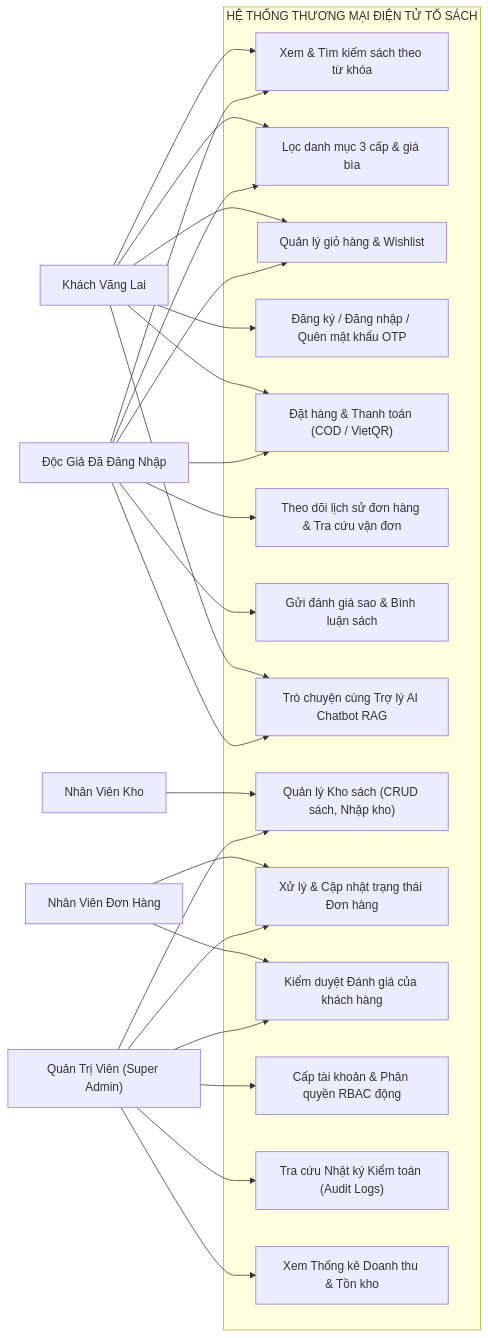
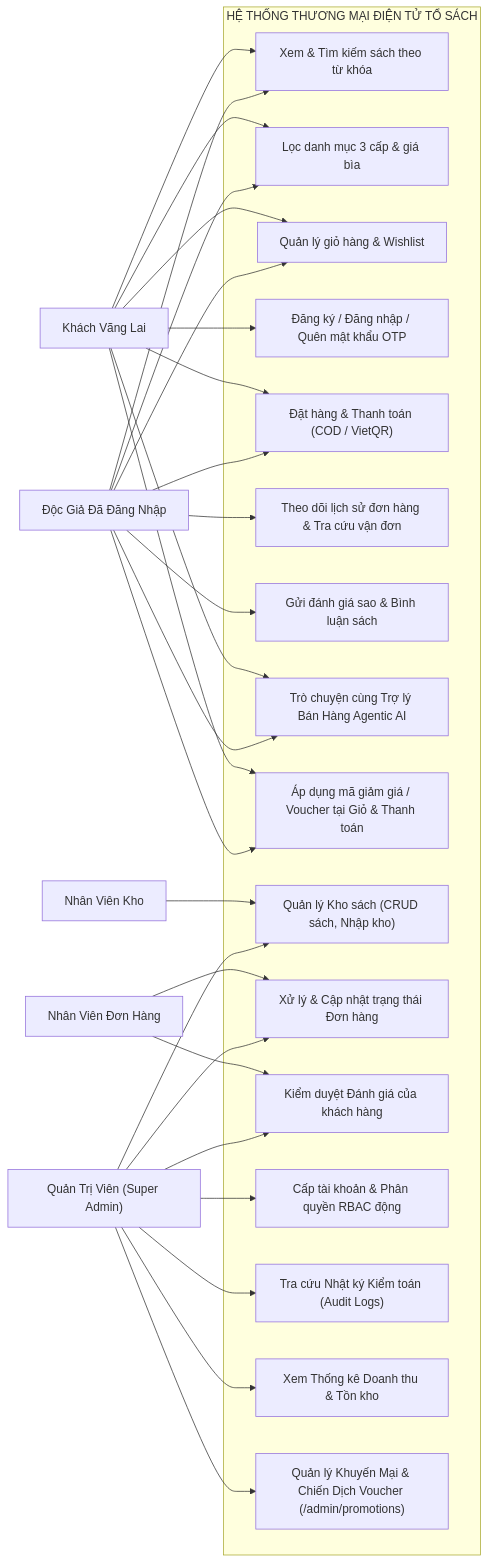
The ninth of 25 diagrams in Document_Project.md (Hanh-Dang/DALN-CNTT-1-1-26-N02_To-Sach), drawn with Mermaid before and after one commit. The commit also changed other lines of this file and 2 other files, not shown here.

````diff
--- a/Document_Project.md
+++ b/Document_Project.md
@@ -964,52 +1149,57 @@
 ```mermaid
 graph LR
     Guest["Khách Vãng Lai"]
     Customer["Độc Giả Đã Đăng Nhập"]
     OrderStaff["Nhân Viên Đơn Hàng"]
     WarehouseStaff["Nhân Viên Kho"]
     SuperAdmin["Quản Trị Viên (Super Admin)"]
 
     subgraph Boundary["HỆ THỐNG THƯƠNG MẠI ĐIỆN TỬ TỔ SÁCH"]
         UC1["Xem & Tìm kiếm sách theo từ khóa"]
         UC2["Lọc danh mục 3 cấp & giá bìa"]
         UC3["Quản lý giỏ hàng & Wishlist"]
         UC4["Đăng ký / Đăng nhập / Quên mật khẩu OTP"]
         UC5["Đặt hàng & Thanh toán (COD / VietQR)"]
         UC6["Theo dõi lịch sử đơn hàng & Tra cứu vận đơn"]
         UC7["Gửi đánh giá sao & Bình luận sách"]
-        UC8["Trò chuyện cùng Trợ lý AI Chatbot RAG"]
+        UC8["Trò chuyện cùng Trợ lý Bán Hàng Agentic AI"]
+        UC15["Áp dụng mã giảm giá / Voucher tại Giỏ & Thanh toán"]
         
         UC9["Quản lý Kho sách (CRUD sách, Nhập kho)"]
         UC10["Xử lý & Cập nhật trạng thái Đơn hàng"]
         UC11["Kiểm duyệt Đánh giá của khách hàng"]
         UC12["Cấp tài khoản & Phân quyền RBAC động"]
         UC13["Tra cứu Nhật ký Kiểm toán (Audit Logs)"]
         UC14["Xem Thống kê Doanh thu & Tồn kho"]
+        UC16["Quản lý Khuyến Mại & Chiến Dịch Voucher (/admin/promotions)"]
     end
 
     Guest --> UC1
     Guest --> UC2
     Guest --> UC3
     Guest --> UC4
     Guest --> UC5
     Guest --> UC8
+    Guest --> UC15
 
     Customer --> UC1
     Customer --> UC2
     Customer --> UC3
     Customer --> UC5
     Customer --> UC6
     Customer --> UC7
     Customer --> UC8
+    Customer --> UC15
 
     WarehouseStaff --> UC9
     OrderStaff --> UC10
     OrderStaff --> UC11
 
     SuperAdmin --> UC9
     SuperAdmin --> UC10
     SuperAdmin --> UC11
     SuperAdmin --> UC12
     SuperAdmin --> UC13
     SuperAdmin --> UC14
+    SuperAdmin --> UC16
 ```
````
